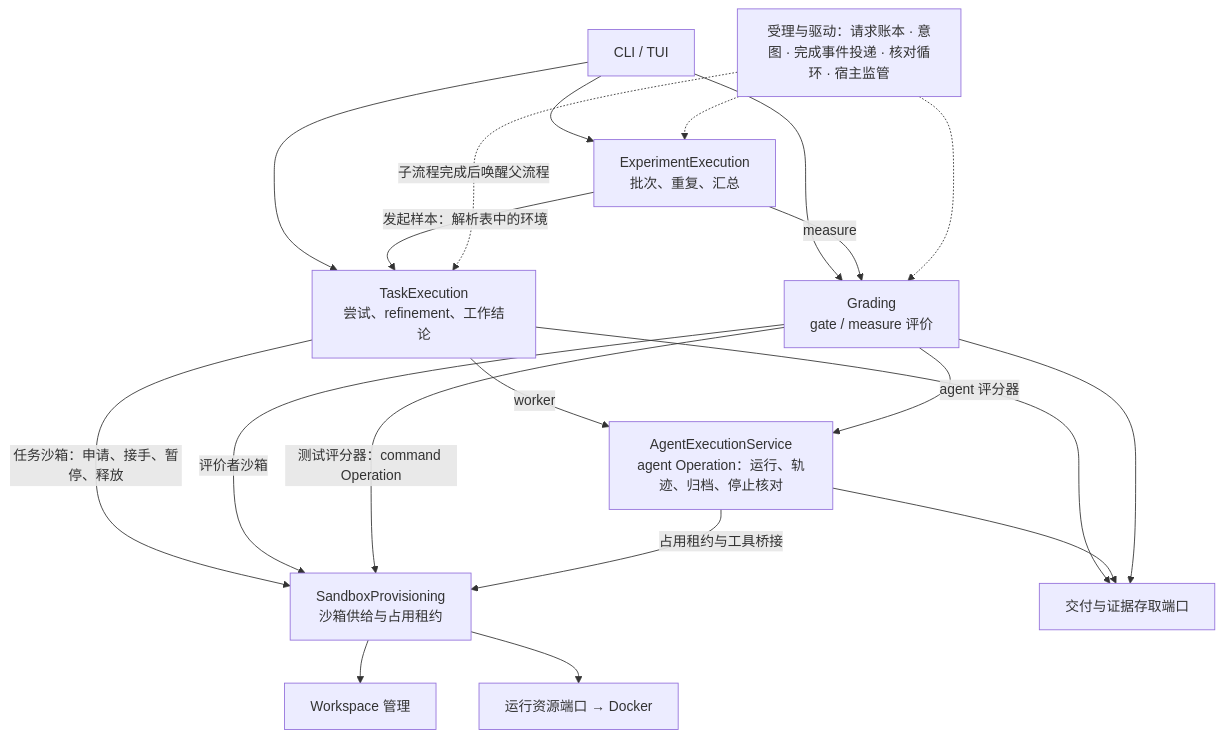
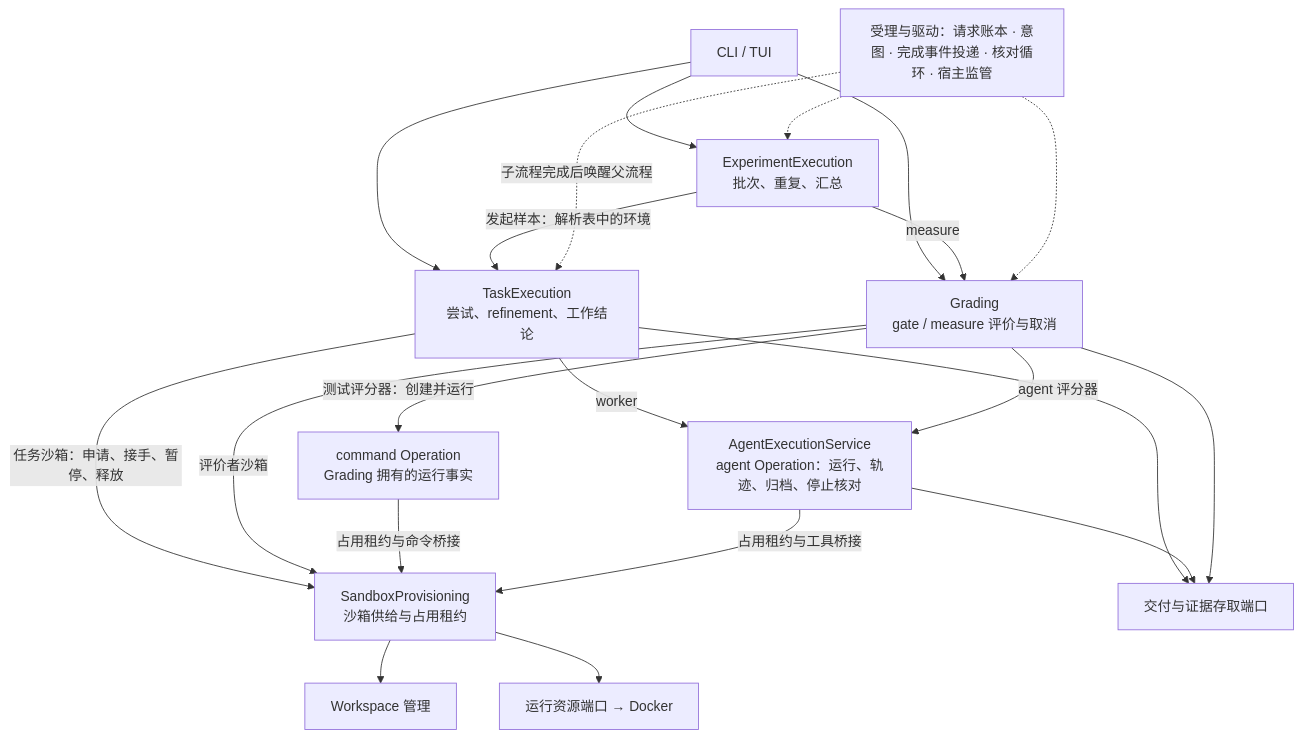
The diagram in docs/assets/model-app-modules.mmd (MaybeLL/Ground), drawn with Mermaid before and after one commit. The commit also changed 11 other files, not shown here.

```diff
--- a/docs/assets/model-app-modules.mmd
+++ b/docs/assets/model-app-modules.mmd
@@ -1,20 +1,21 @@
 flowchart TB
   CLI[CLI / TUI] --> TE[TaskExecution<br/>尝试、refinement、工作结论]
-  CLI --> GR[Grading<br/>gate / measure 评价]
+  CLI --> GR[Grading<br/>gate / measure 评价与取消]
   CLI --> EE[ExperimentExecution<br/>批次、重复、汇总]
   EE -->|发起样本：解析表中的环境| TE
   EE -->|measure| GR
   TE -->|任务沙箱：申请、接手、暂停、释放| SB[SandboxProvisioning<br/>沙箱供给与占用租约]
   GR -->|评价者沙箱| SB
   TE -->|worker| AE[AgentExecutionService<br/>agent Operation：运行、轨迹、归档、停止核对]
   GR -->|agent 评分器| AE
-  GR -->|测试评分器：command Operation| SB
+  GR -->|测试评分器：创建并运行| COP[command Operation<br/>Grading 拥有的运行事实]
+  COP -->|占用租约与命令桥接| SB
   AE -->|占用租约与工具桥接| SB
   SB --> W[Workspace 管理]
   SB --> RT[运行资源端口 → Docker]
   TE --> ST[交付与证据存取端口]
   AE --> ST
   GR --> ST
   DRV[受理与驱动：请求账本 · 意图 · 完成事件投递 · 核对循环 · 宿主监管] -.->|子流程完成后唤醒父流程| TE
   DRV -.-> EE
   DRV -.-> GR
```
